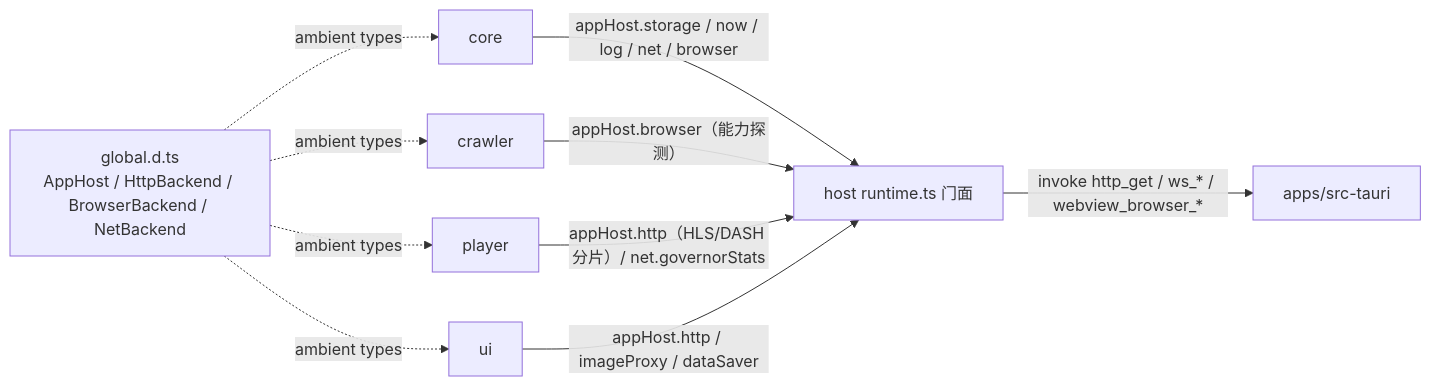
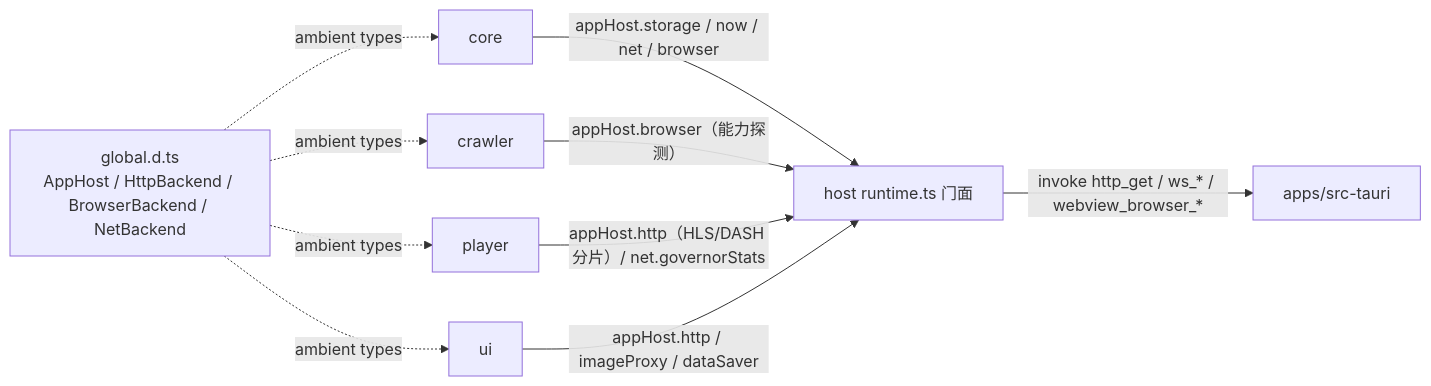
One commit to sakiko999/tauri-rss changed the second of 3 diagrams in docs/architecture/system/01-packages.md. Above: the diagram before and after it, drawn with Mermaid. The commit also changed other lines of this file and 33 other files, not shown here.

````diff
--- a/docs/architecture/system/01-packages.md
+++ b/docs/architecture/system/01-packages.md
@@ -111,12 +122,12 @@
 ```mermaid
 graph LR
   G["global.d.ts<br/>AppHost / HttpBackend / BrowserBackend / NetBackend"] -. ambient types .-> core
   G -. ambient types .-> crawler
   G -. ambient types .-> player
   G -. ambient types .-> ui
-  core -- "appHost.storage / now / log / net / browser" --> HOST["host runtime.ts 门面"]
+  core -- "appHost.storage / now / net / browser" --> HOST["host runtime.ts 门面"]
   crawler -- "appHost.browser（能力探测）" --> HOST
   player -- "appHost.http（HLS/DASH 分片）/ net.governorStats" --> HOST
   ui -- "appHost.http / imageProxy / dataSaver" --> HOST
   HOST -- "invoke http_get / ws_* / webview_browser_*" --> RUST["apps/src-tauri"]
 ```
````
